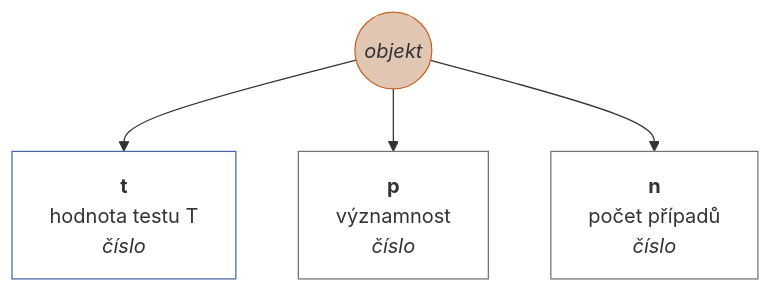
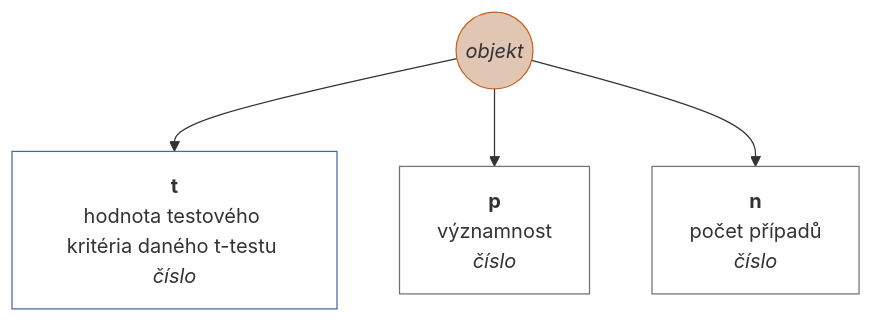
Diagram 22 of 24 in docs/cs-CZ/vector.md (muzikp/retusa), drawn with Mermaid before and after one commit. The commit also changed other lines of this file and 11 other files, not shown here.

````diff
--- a/docs/cs-CZ/vector.md
+++ b/docs/cs-CZ/vector.md
@@ -716,16 +716,16 @@
 ```mermaid
 graph TD
 ttest((<i>objekt</i>))
 style ttest fill:#E1C6B3;
 style ttest stroke:#C36422;
-ttest --> t[<b>t</b><br>hodnota testu T <br><i>číslo</i>]
+ttest --> t[<b>t</b><br>hodnota testového kritéria daného t-testu <br><i>číslo</i>]
 style t fill:#FFFFFF;
 style t stroke:#4967A4;
 ttest --> p[<b>p</b><br>významnost <br><i>číslo</i>]
 style p fill:#FFFFFF;
 style p stroke:#75716F;
 ttest --> n[<b>n</b><br>počet případů <br><i>číslo</i>]
 style n fill:#FFFFFF;
 style n stroke:#75716F;
 
 ```
````
